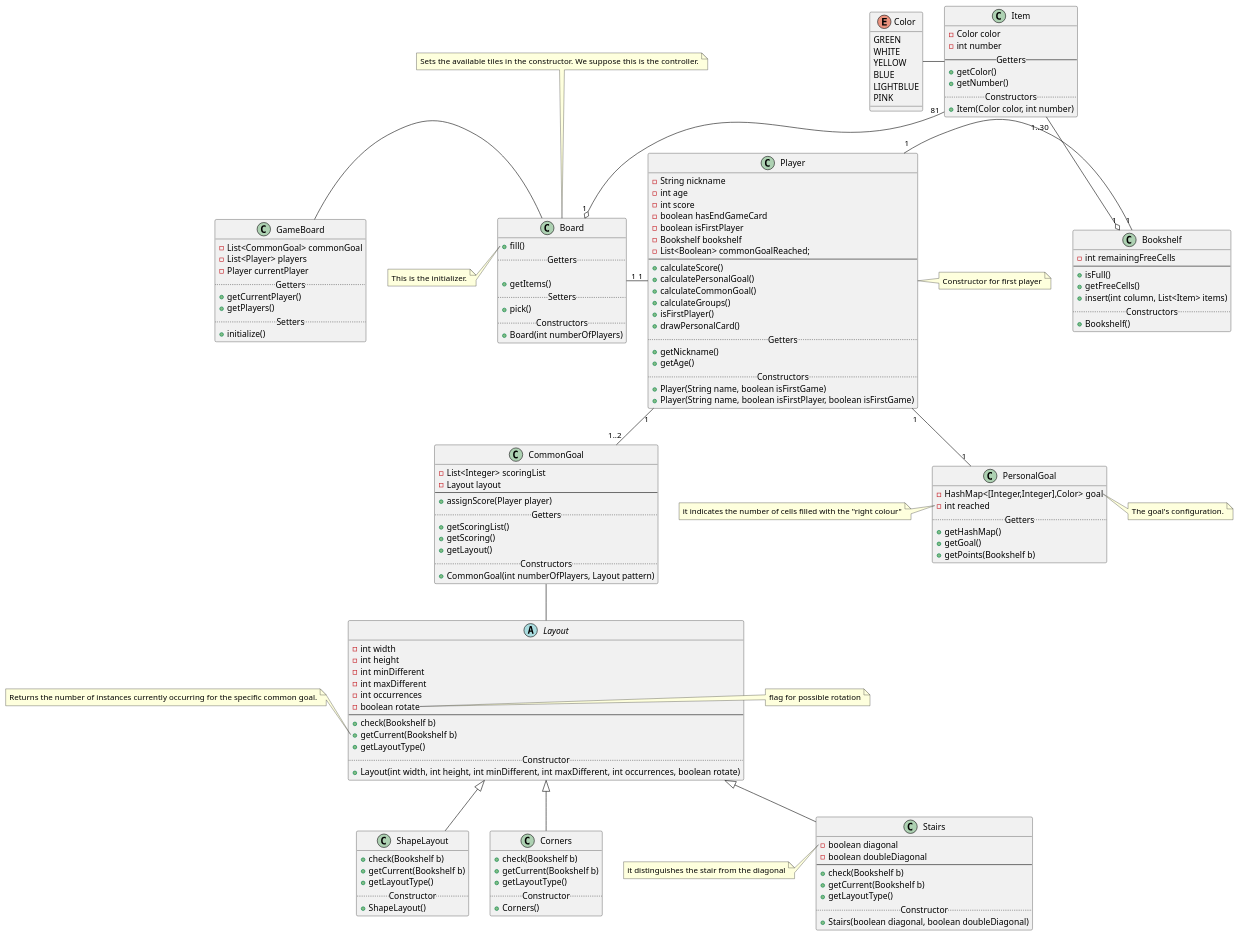
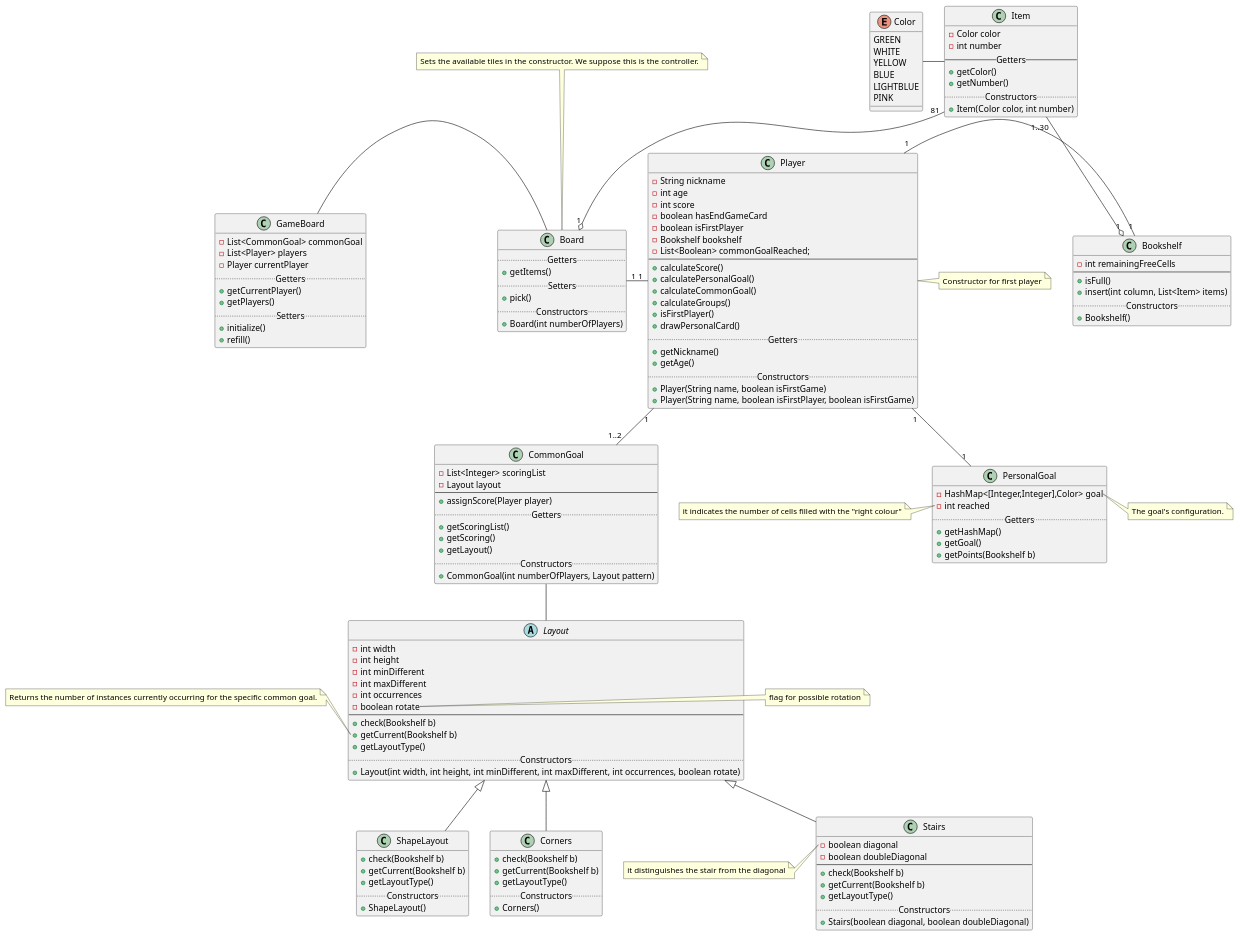
The diagram in docs/Initial class diagram.puml (dltmtt/IS23-AM13), drawn with PlantUML before and after one commit.

Commit message:
Minor changes to the UML

```diff
--- a/docs/Initial class diagram.puml
+++ b/docs/Initial class diagram.puml
@@ -1,197 +1,193 @@
 @startuml
 'The controller will receiver the move command from the client and
 'will call remove and insert on the board and the bookshelf.
 'The link Board-Player is a static list.
 'The reference to CommonGoal (a list of 1 or 2 elements) is static.
 'The checks, like Bookshelf's checkComplete, go in the client.
 'Consider aggregating the layouts (with parameters).
 '[] Add a method setNickname (in Player?).
 '[] Convert Bookshelf goal in a hashMap.
 '[] Add a method drawCards.
 '[] Add (somewhere) a check for the insertion in the bookshelf of the selection.
 '[] Check when the board has to be refilled.
 
 
 
 class Board
 note top: Sets the available tiles in the constructor. We suppose this is the controller.
 Player "1" -- "1..2" CommonGoal
 Player "1" -- "1" PersonalGoal
 Player "1" - "1" Bookshelf
 Board "1" - "1" Player
 Item "81" --o "1" Board
 Item "1..30" --o "1" Bookshelf
 Color - Item
 CommonGoal -- Layout
 GameBoard - Board
 
 class Item {
     -Color color
     -int number
     -- Getters --
     +getColor()
     +getNumber()
     .. Constructors ..
     +Item(Color color, int number)
 }
 
 class PersonalGoal {
     -HashMap<[Integer,Integer],Color> goal
     -int reached
     ..Getters..
     +getHashMap()
     +getGoal()
     +getPoints(Bookshelf b)
 }
 
 note left of PersonalGoal::reached
     it indicates the number of cells filled with the "right colour"
 end note
 
 note right of PersonalGoal::goal
     The goal's configuration.
 end note
 
 class Player {
     -String nickname
     -int age
     -int score
     -boolean hasEndGameCard
     -boolean isFirstPlayer
     -Bookshelf bookshelf
     -List<Boolean> commonGoalReached;
     --
     +calculateScore()
     +calculatePersonalGoal()
     +calculateCommonGoal()
     +calculateGroups()
     +isFirstPlayer()
     +drawPersonalCard()
     .. Getters ..
     +getNickname()
     +getAge()
     .. Constructors ..
     +Player(String name, boolean isFirstGame)
     +Player(String name, boolean isFirstPlayer, boolean isFirstGame)
 }
 
 note right of Player
     Constructor for first player
 end note
 
 class GameBoard {
     -List<CommonGoal> commonGoal
     -List<Player> players
     -Player currentPlayer
-    ..Getters..
+    .. Getters ..
     +getCurrentPlayer()
     +getPlayers()
-    ..Setters..
+    .. Setters ..
     +initialize()
+    +refill()
 }
 
 
 class Board {
-    +fill()
     .. Getters ..
-
     +getItems()
     .. Setters ..
     +pick()
     .. Constructors ..
     +Board(int numberOfPlayers)
 }
 
 note left of Board::fill
     This is the initializer.
 end note
 
 class CommonGoal {
     -List<Integer> scoringList
     -Layout layout
     ---
     +assignScore(Player player)
     .. Getters ..
     +getScoringList()
     +getScoring()
     +getLayout()
     .. Constructors ..
     +CommonGoal(int numberOfPlayers, Layout pattern)
 }
 
 enum Color {
     GREEN
     WHITE
     YELLOW
     BLUE
     LIGHTBLUE
     PINK
 }
 
 class Bookshelf {
     -int remainingFreeCells
     ---
     +isFull()
-    +getFreeCells()
+'    +getFreeCells() (inutile?)
     +insert(int column, List<Item> items)
-    ..Constructors..
+    .. Constructors ..
     +Bookshelf()
 }
 
 abstract Layout {
     -int width
     -int height
     -int minDifferent
     -int maxDifferent
     -int occurrences
     -boolean rotate
     ---
     +check(Bookshelf b)
     +getCurrent(Bookshelf b)
     +getLayoutType()
-    ..Constructor..
+    .. Constructors ..
     +Layout(int width, int height, int minDifferent, int maxDifferent, int occurrences, boolean rotate)
 }
 
 note right of Layout::rotate
     flag for possible rotation
 end note
 
 note left of Layout::getCurrent
     Returns the number of instances currently occurring for the specific common goal.
 end note
 
 class ShapeLayout extends Layout{
     +check(Bookshelf b)
     +getCurrent(Bookshelf b)
     +getLayoutType()
-    ..Constructor..
+    .. Constructors ..
     +ShapeLayout()
 }
 
 class Stairs extends Layout{
     -boolean diagonal
     -boolean doubleDiagonal
     ---
     +check(Bookshelf b)
-        +getCurrent(Bookshelf b)
-        +getLayoutType()
-    ....Constructor....
+    +getCurrent(Bookshelf b)
+    +getLayoutType()
+    .. Constructors ..
     +Stairs(boolean diagonal, boolean doubleDiagonal)
 }
 
 note left of Stairs::diagonal
     it distinguishes the stair from the diagonal
 end note
 
 class Corners extends Layout{
     +check(Bookshelf b)
     +getCurrent(Bookshelf b)
     +getLayoutType()
-    ..Constructor..
+    .. Constructors ..
     +Corners()
 }
-
-
-
 @enduml
```
